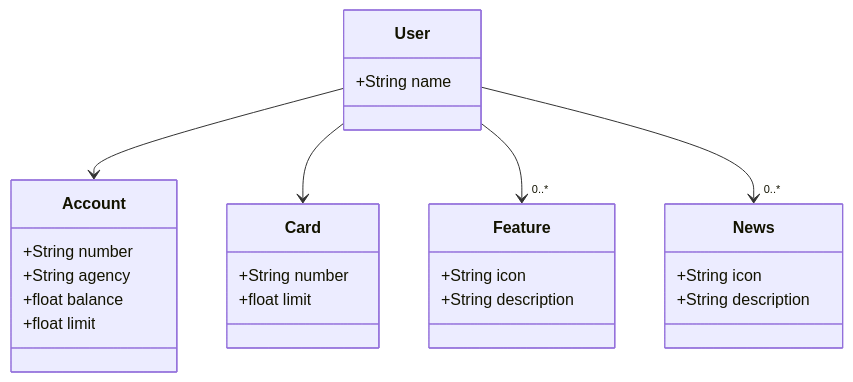
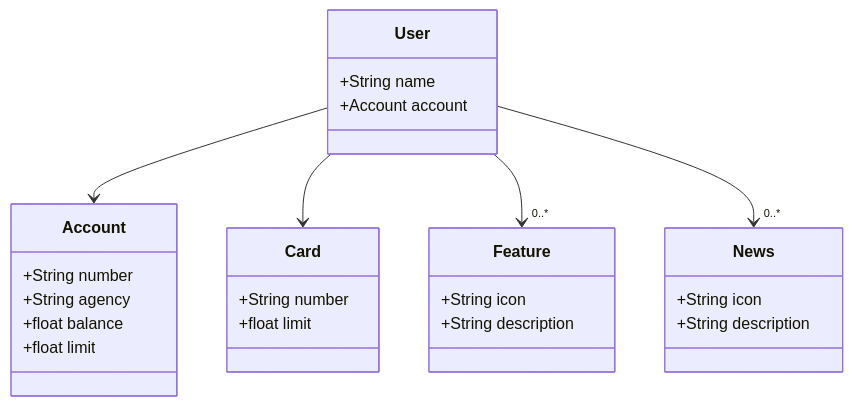
The diagram in santander-dev-week-2023/README.md (rafaelgioffi/bradesco-java-dio), drawn with Mermaid before and after one commit. The commit also changed 5 other files, not shown here.

````diff
--- a/santander-dev-week-2023/README.md
+++ b/santander-dev-week-2023/README.md
@@ -2,33 +2,34 @@
 ```mermaid
 classDiagram
     class User {
         +String name
+        +Account account
     }
 
     class Account {
         +String number
         +String agency
         +float balance
         +float limit
     }
 
     class Feature {
         +String icon
         +String description
     }
 
     class Card {
         +String number
         +float limit
     }
 
     class News {
         +String icon
         +String description
     }
 
     User --> Account
     User --> Card
     User --> "0..*" Feature 
     User --> "0..*" News
 ```
````
